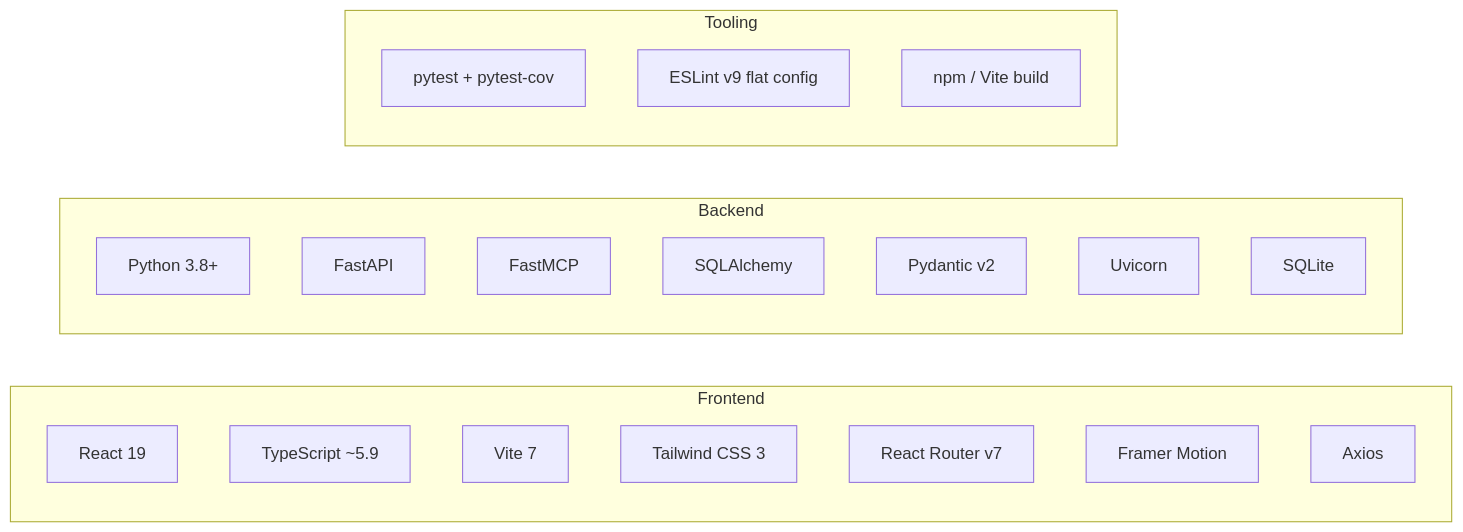
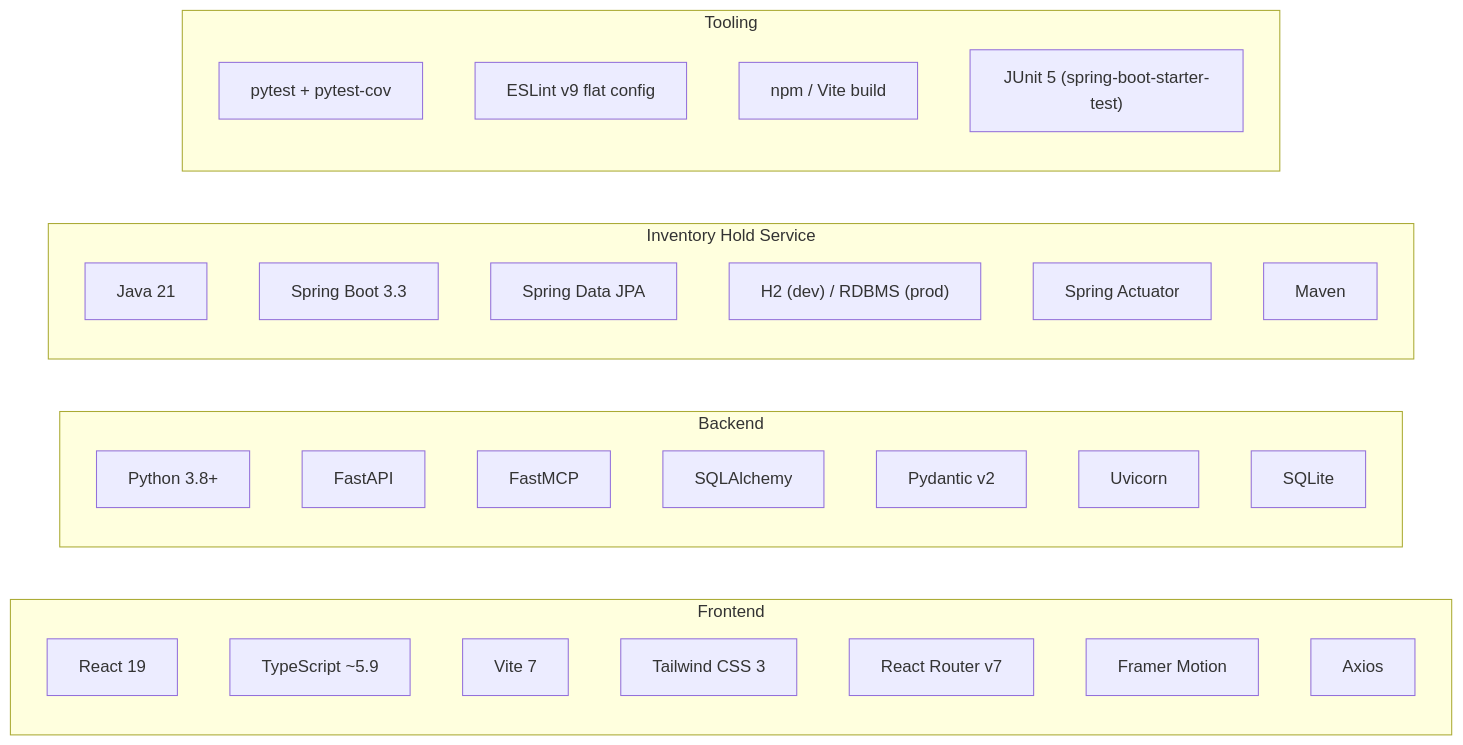
One commit to IBM/galaxium-travels changed the second of 4 diagrams in docs/ONBOARDING.md. Above: the diagram before and after it, drawn with Mermaid. The commit also changed other lines of this file and 10 other files, not shown here.

````diff
--- a/docs/ONBOARDING.md
+++ b/docs/ONBOARDING.md
@@ -88,28 +88,38 @@
 ```mermaid
 graph LR
     subgraph Frontend
         R19["React 19"]
         TS["TypeScript ~5.9"]
         Vite["Vite 7"]
         TW["Tailwind CSS 3"]
         RR["React Router v7"]
         FM["Framer Motion"]
         AX["Axios"]
     end
 
     subgraph Backend
         PY["Python 3.8+"]
         FA["FastAPI"]
         FM2["FastMCP"]
         SA["SQLAlchemy"]
         PD["Pydantic v2"]
         UV["Uvicorn"]
         SQ["SQLite"]
     end
 
+    subgraph InventoryHold ["Inventory Hold Service"]
+        J21["Java 21"]
+        SB["Spring Boot 3.3"]
+        JPA["Spring Data JPA"]
+        H2["H2 (dev) / RDBMS (prod)"]
+        ACT["Spring Actuator"]
+        MVN["Maven"]
+    end
+
     subgraph Tooling
         PT["pytest + pytest-cov"]
         ESL["ESLint v9 flat config"]
         NPM["npm / Vite build"]
+        JT["JUnit 5 (spring-boot-starter-test)"]
     end
 ```
````
